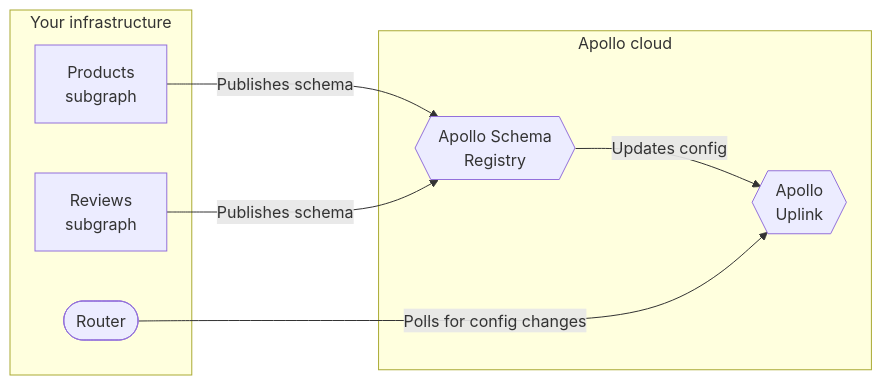
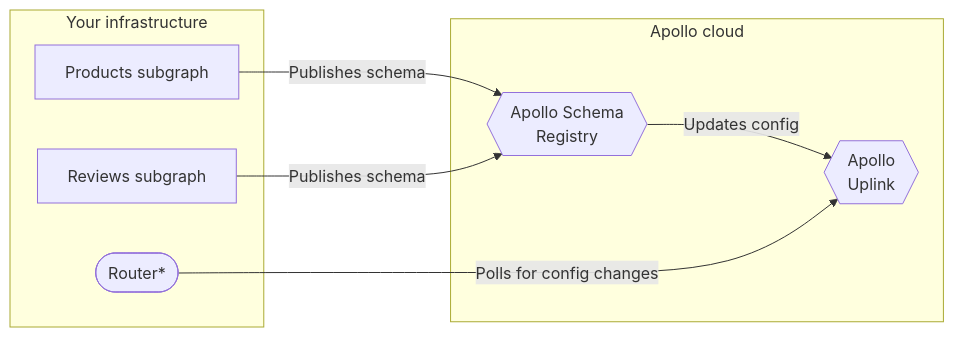
Before and after one commit to apollographql/federation: the second of 2 diagrams in docs/source/federated-types/composition.mdx, drawn with Mermaid. The commit also changed other lines of this file and 4 other files, not shown here.

````diff
--- a/docs/source/federated-types/composition.mdx
+++ b/docs/source/federated-types/composition.mdx
@@ -40,17 +40,17 @@
 ```mermaid
 graph LR;
   subgraph "Your infrastructure"
-  serviceA[Products<br/>subgraph];
-  serviceB[Reviews<br/>subgraph];
-  gateway([Router]);
+  serviceA[Products subgraph];
+  serviceB[Reviews subgraph];
+  gateway([Router*]);
   end
   subgraph "Apollo cloud"
     registry{{Apollo Schema<br/>Registry}};
     uplink{{Apollo<br/>Uplink}}
   end
   serviceA & serviceB -->|Publishes schema| registry;
   registry -->|Updates config| uplink;
   gateway -->|Polls for config changes| uplink;
   class registry secondary;
   class uplink secondary;
 ```
````
